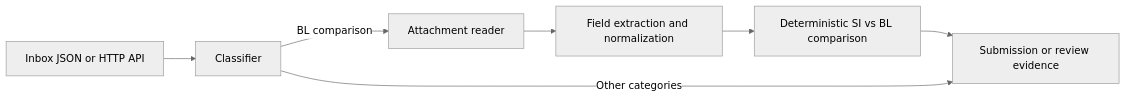
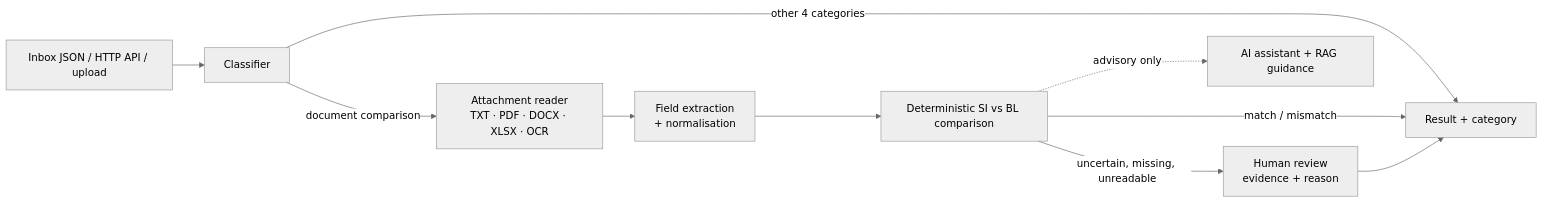
Before and after one commit to ambatuCode887/la-peace-multi-agentic: the first of 2 diagrams in README.md, drawn with Mermaid (neutral theme). The commit also changed other lines of this file and 3 other files, not shown here.

````diff
--- a/README.md
+++ b/README.md
@@ -125,9 +48,12 @@
 ```mermaid
 flowchart LR
-		A[Inbox JSON or HTTP API] --> B[Classifier]
-		B -->|BL comparison| C[Attachment reader]
-		C --> D[Field extraction and normalization]
-		D --> E[Deterministic SI vs BL comparison]
-		E --> F[Submission or review evidence]
-		B -->|Other categories| F
+    A[Inbox JSON / HTTP API / upload] --> B[Classifier]
+    B -->|other 4 categories| F[Result + category]
+    B -->|document comparison| C[Attachment reader<br/>TXT · PDF · DOCX · XLSX · OCR]
+    C --> D[Field extraction<br/>+ normalisation]
+    D --> E[Deterministic SI vs BL comparison]
+    E -->|match / mismatch| F
+    E -->|uncertain, missing, unreadable| H[Human review<br/>evidence + reason]
+    H --> F
+    E -.advisory only.-> G[AI assistant + RAG guidance]
 ```
````
